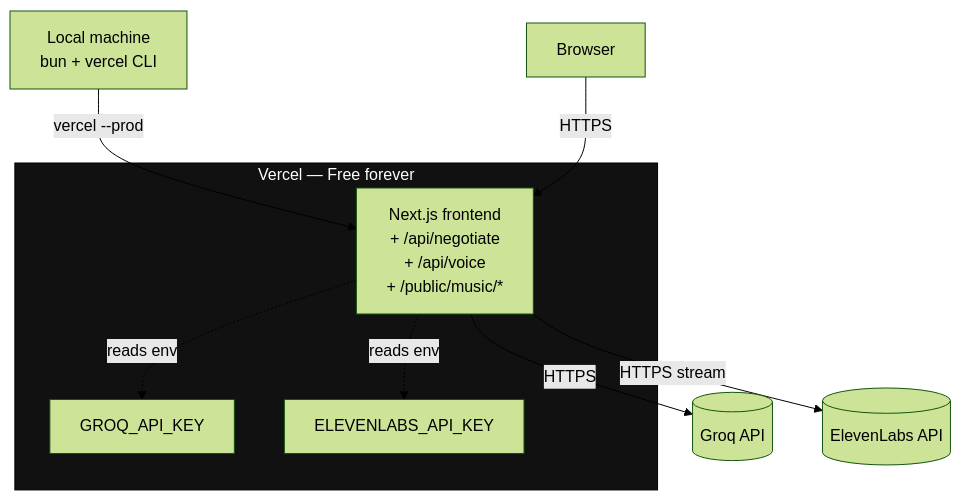
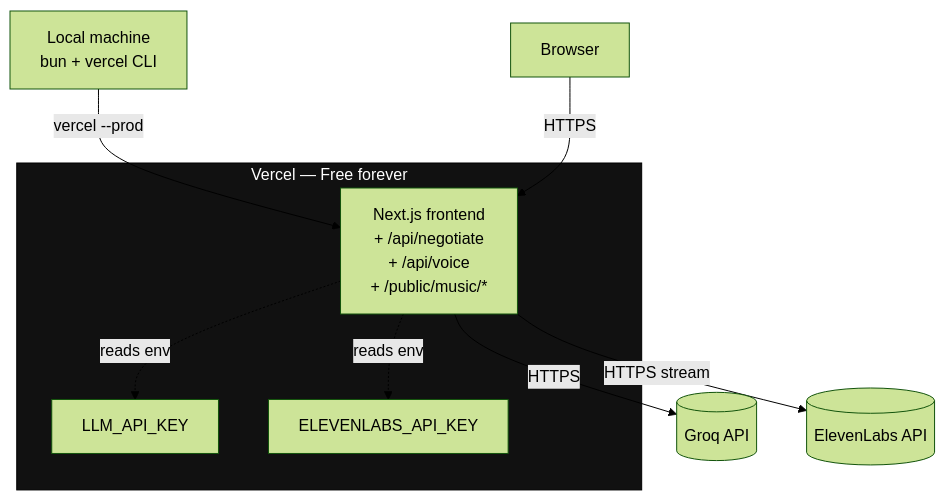
The first of 2 diagrams in docs/DEPLOYMENT.md (AnkanMisra/Negotiator), drawn with Mermaid (forest theme) before and after one commit. The commit also changed other lines of this file and 12 other files, not shown here.

````diff
--- a/docs/DEPLOYMENT.md
+++ b/docs/DEPLOYMENT.md
@@ -10,17 +10,17 @@
 ```mermaid
 flowchart TB
     DEV[Local machine<br/>bun + vercel CLI]
 
     subgraph vercel[Vercel — Free forever]
         FE[Next.js frontend<br/>+ /api/negotiate<br/>+ /api/voice<br/>+ /public/music/*]
-        FE -.reads env.-> SEC1[GROQ_API_KEY]
+        FE -.reads env.-> SEC1[LLM_API_KEY]
         FE -.reads env.-> SEC2[ELEVENLABS_API_KEY]
     end
 
     DEV -->|vercel --prod| FE
     FE -->|HTTPS| GROQ[(Groq API)]
     FE -->|HTTPS stream| EL[(ElevenLabs API)]
     CLIENT[Browser] -->|HTTPS| FE
 
     style vercel fill:#111,stroke:#000,color:#fff
 ```
````
